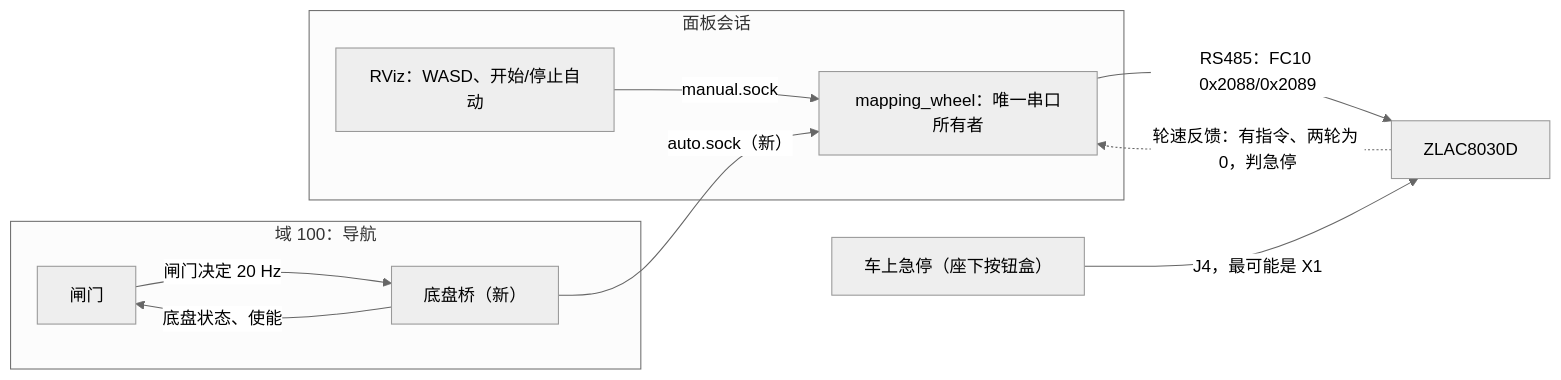
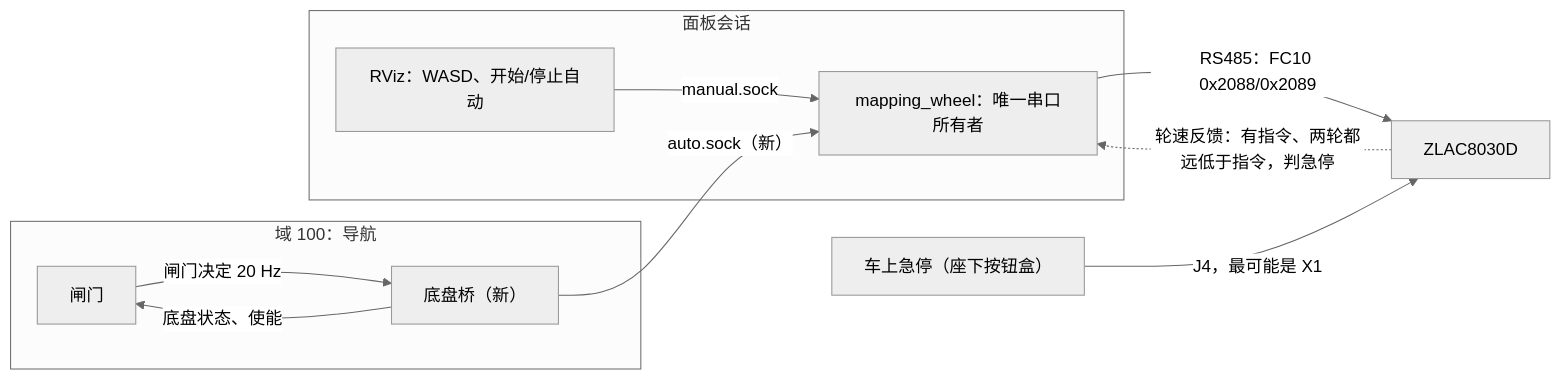
One commit to owenkings/smartwheel changed the diagram in docs/architecture/velocity_channel.md. Above: the diagram before and after it, drawn with Mermaid (neutral theme). The commit also changed other lines of this file and 11 other files, not shown here.

````diff
--- a/docs/architecture/velocity_channel.md
+++ b/docs/architecture/velocity_channel.md
@@ -28,14 +28,14 @@
 ```mermaid
 flowchart LR
     subgraph NAV["域 100：导航"]
         G["闸门"] -->|"闸门决定 20 Hz"| BR["底盘桥（新）"]
         BR -->|"底盘状态、使能"| G
     end
     subgraph PANEL["面板会话"]
         UI["RViz：WASD、开始/停止自动"] -->|"manual.sock"| W["mapping_wheel：唯一串口所有者"]
         BR -->|"auto.sock（新）"| W
     end
     W -->|"RS485：FC10 0x2088/0x2089"| Z["ZLAC8030D"]
     K["车上急停（座下按钮盒）"] -->|"J4，最可能是 X1"| Z
-    Z -.->|"轮速反馈：有指令、两轮为 0，判急停"| W
+    Z -.->|"轮速反馈：有指令、两轮都远低于指令，判急停"| W
 ```
````
